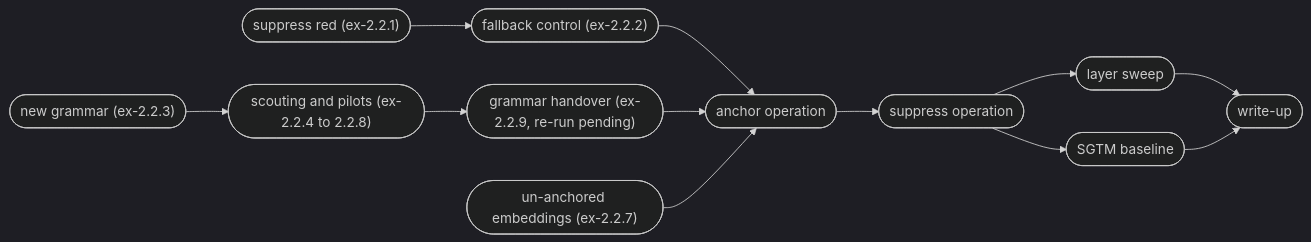
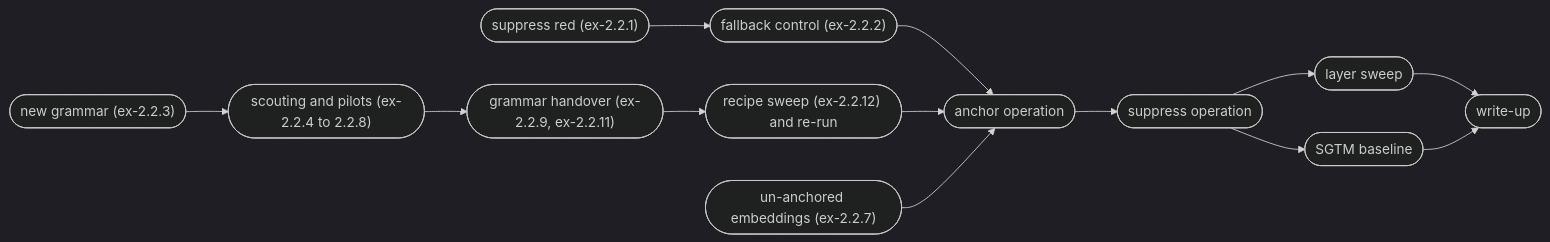
Before and after one commit to z0u-bot/sca2-mirror: the diagram in docs/m2/d2.2/design.md, drawn with Mermaid (dark theme). The commit also changed other lines of this file and 6 other files, not shown here.

First line of the commit message:
Design ex-2.2.12: the hue-hsv reads and a small recipe sweep

````diff
--- a/docs/m2/d2.2/design.md
+++ b/docs/m2/d2.2/design.md
@@ -19,18 +19,19 @@
 ```mermaid
 flowchart LR
 a1(["suppress red (ex-2.2.1)"])
 a2(["fallback control (ex-2.2.2)"])
 b1(["new grammar (ex-2.2.3)"])
 b2(["scouting and pilots (ex-2.2.4 to 2.2.8)"])
-b3(["grammar handover (ex-2.2.9, re-run pending)"])
+b3(["grammar handover (ex-2.2.9, ex-2.2.11)"])
+b4(["recipe sweep (ex-2.2.12) and re-run"])
 c1(["un-anchored embeddings (ex-2.2.7)"])
 main1(["anchor operation"])
 main2(["suppress operation"])
 sweep(["layer sweep"])
 comp(["SGTM baseline"])
 w(["write-up"])
 
 a1 --> a2
-b1 --> b2 --> b3
-a2 & b3 & c1 --> main1 --> main2 --> sweep & comp --> w
+b1 --> b2 --> b3 --> b4
+a2 & b4 & c1 --> main1 --> main2 --> sweep & comp --> w
 ```
````
